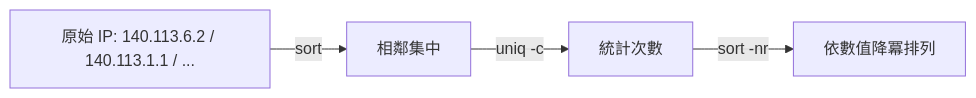
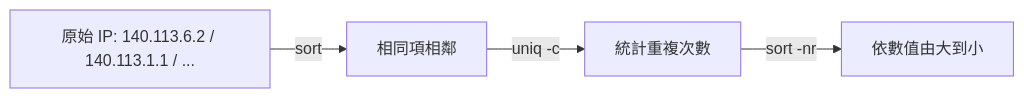
The sixth of 7 diagrams in slides/shell.md (Alllen95Wei/SA-LLM-Wiki), drawn with Mermaid before and after one commit. The commit also changed other lines of this file and 5 other files, not shown here.

```diff
--- a/slides/shell.md
+++ b/slides/shell.md
@@ -287,6 +487,6 @@
 <pre class="mermaid">
 flowchart LR
-    RAW["原始 IP: 140.113.6.2 / 140.113.1.1 / ..."] -->|"sort"| S1["相鄰集中"]
-    S1 -->|"uniq -c"| U1["統計次數"]
-    U1 -->|"sort -nr"| S2["依數值降冪排列"]
+    RAW["原始 IP: 140.113.6.2 / 140.113.1.1 / ..."] -->|"sort"| S1["相同項相鄰"]
+    S1 -->|"uniq -c"| U1["統計重複次數"]
+    U1 -->|"sort -nr"| S2["依數值由大到小"]
 </pre>
```
